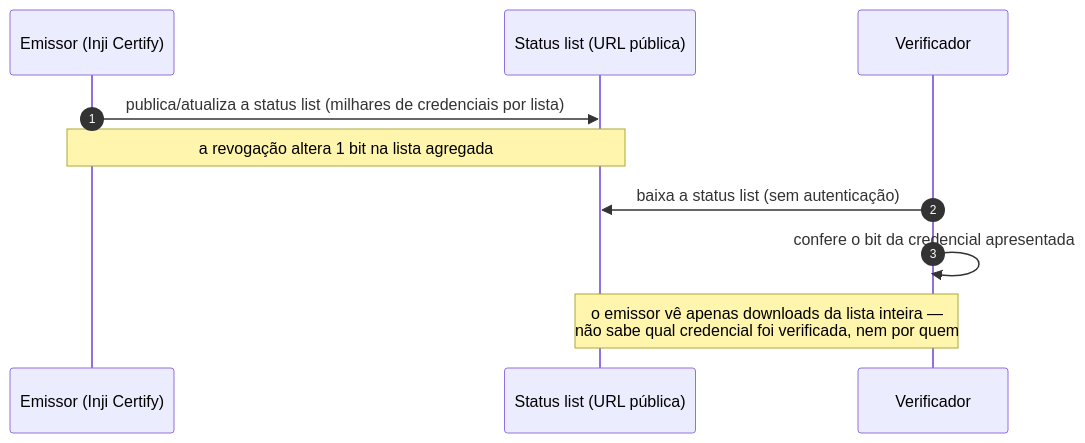
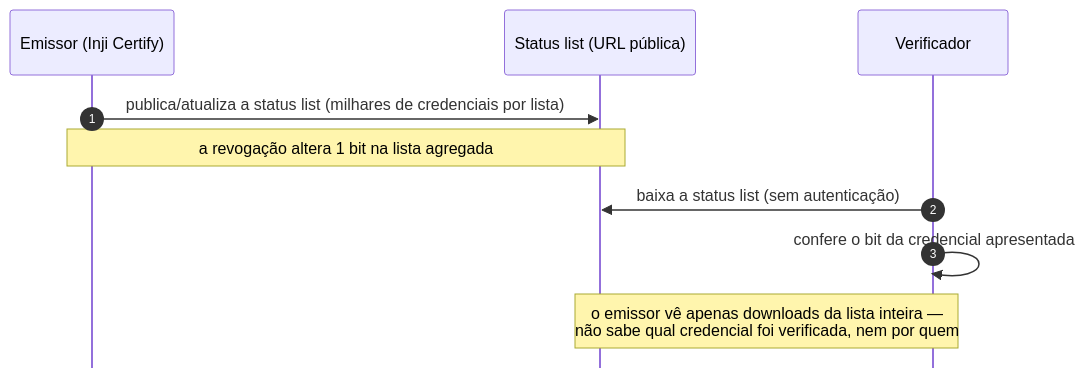
The fifth of 5 diagrams in _partials/fluxos.qmd (infraestrutura-digital/arf), drawn with Mermaid before and after one commit. The commit also changed other lines of this file and 2 other files, not shown here.

First line of the commit message:
PDF em largura inteira com imagens e diagramas ajustados à página

````diff
--- a/_partials/fluxos.qmd
+++ b/_partials/fluxos.qmd
@@ -104,13 +109,14 @@
 ```{mermaid}
+%%{init: {"fontFamily": "sans-serif", "sequence": {"mirrorActors": false}}}%%
 sequenceDiagram
     autonumber
     participant C as Emissor (Inji Certify)
     participant S as Status list (URL pública)
     participant V as Verificador
 
     C->>S: publica/atualiza a status list (milhares de credenciais por lista)
     Note over C,S: a revogação altera 1 bit na lista agregada
     V->>S: baixa a status list (sem autenticação)
     V->>V: confere o bit da credencial apresentada
     Note over S,V: o emissor vê apenas downloads da lista inteira —<br/>não sabe qual credencial foi verificada, nem por quem
 ```
````
